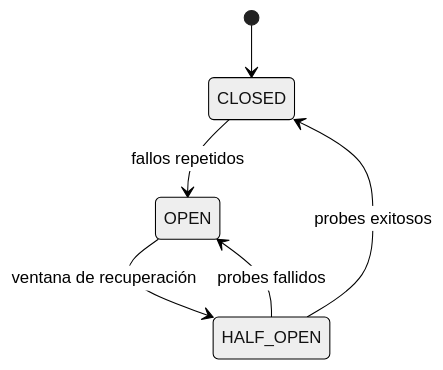
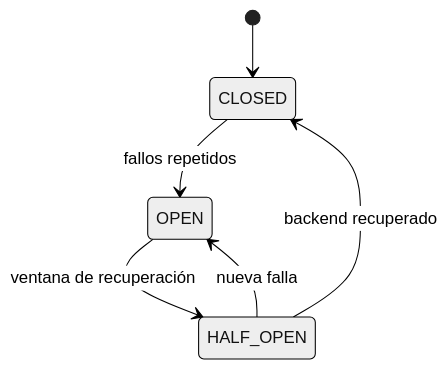
One commit to LadyRed145/bancoxyzbatch changed the third of 3 diagrams in README.md. Above: the diagram before and after it, drawn with Mermaid (neutral theme). The commit also changed other lines of this file and 9 other files, not shown here.

````diff
--- a/README.md
+++ b/README.md
@@ -346,8 +290,8 @@
 ```mermaid
 stateDiagram-v2
     [*] --> CLOSED
     CLOSED --> OPEN: fallos repetidos
     OPEN --> HALF_OPEN: ventana de recuperación
-    HALF_OPEN --> OPEN: probes fallidos
-    HALF_OPEN --> CLOSED: probes exitosos
+    HALF_OPEN --> OPEN: nueva falla
+    HALF_OPEN --> CLOSED: backend recuperado
 ```
````
